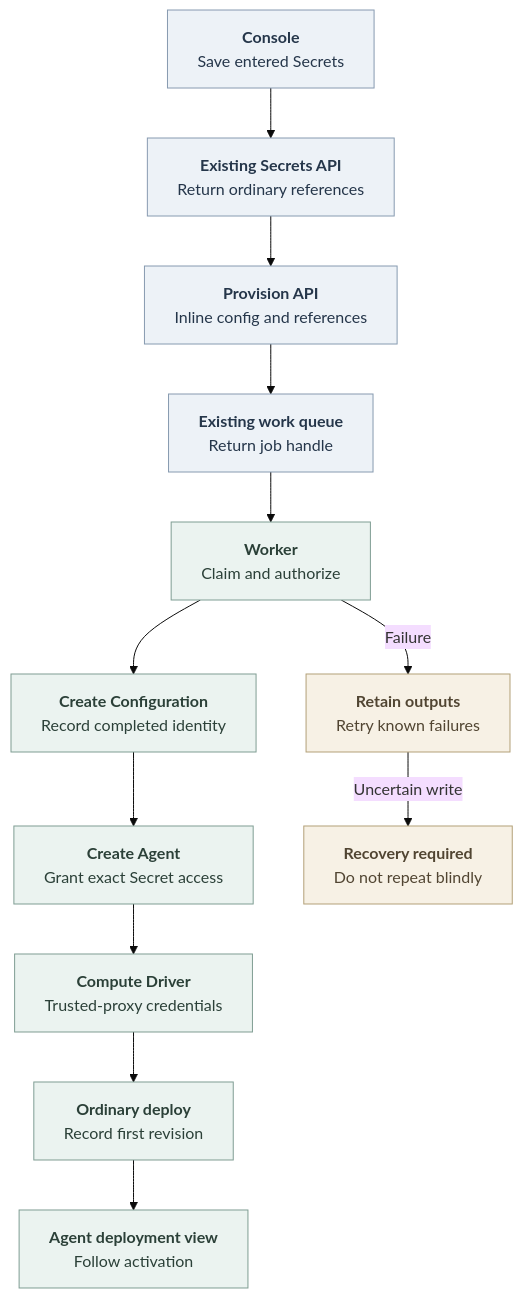
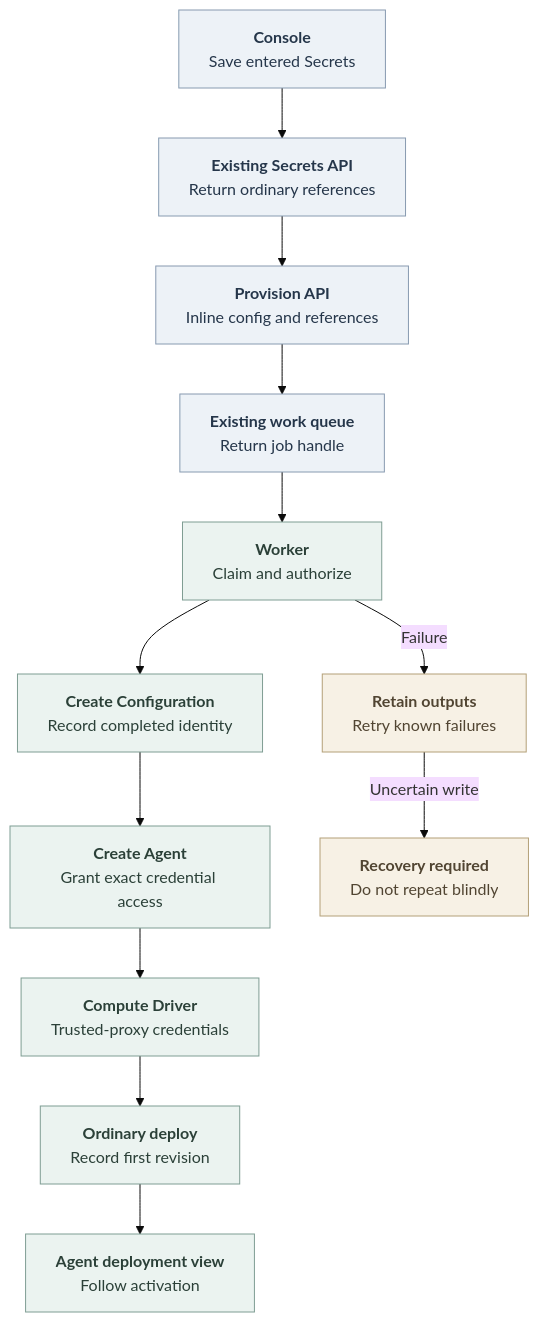
The diagram in docs/flows/agent-provisioning.md (openclaw/openclaw-enterprise), drawn with Mermaid (base theme) before and after one commit. The commit also changed other lines of this file and 49 other files, not shown here.

````diff
--- a/docs/flows/agent-provisioning.md
+++ b/docs/flows/agent-provisioning.md
@@ -23,21 +23,21 @@
 ```mermaid
 graph TD
   Console["<b>Console</b><br/>Save entered Secrets"] --> Secrets["<b>Existing Secrets API</b><br/>Return ordinary references"]
   Secrets --> API["<b>Provision API</b><br/>Inline config and references"]
   API --> Queue["<b>Existing work queue</b><br/>Return job handle"]
   Queue --> Claim["<b>Worker</b><br/>Claim and authorize"]
   Claim --> Config["<b>Create Configuration</b><br/>Record completed identity"]
-  Config --> Agent["<b>Create Agent</b><br/>Grant exact Secret access"]
+  Config --> Agent["<b>Create Agent</b><br/>Grant exact credential access"]
   Agent --> Transport["<b>Compute Driver</b><br/>Trusted-proxy credentials"]
   Transport --> Deploy["<b>Ordinary deploy</b><br/>Record first revision"]
   Deploy --> UI["<b>Agent deployment view</b><br/>Follow activation"]
   Claim -->|Failure| Failed["<b>Retain outputs</b><br/>Retry known failures"]
   Failed -->|Uncertain write| Recovery["<b>Recovery required</b><br/>Do not repeat blindly"]
 
   classDef state fill:#EDF2F7,stroke:#879AB0,color:#25364A,stroke-width:1px
   classDef operation fill:#EBF3F0,stroke:#7F9D93,color:#2B4038,stroke-width:1px
   classDef condition fill:#F7F1E5,stroke:#B3A078,color:#514532,stroke-width:1px
   class Console,Secrets,API,Queue state
   class Claim,Config,Agent,Transport,Deploy,UI operation
   class Failed,Recovery condition
 ```
````
